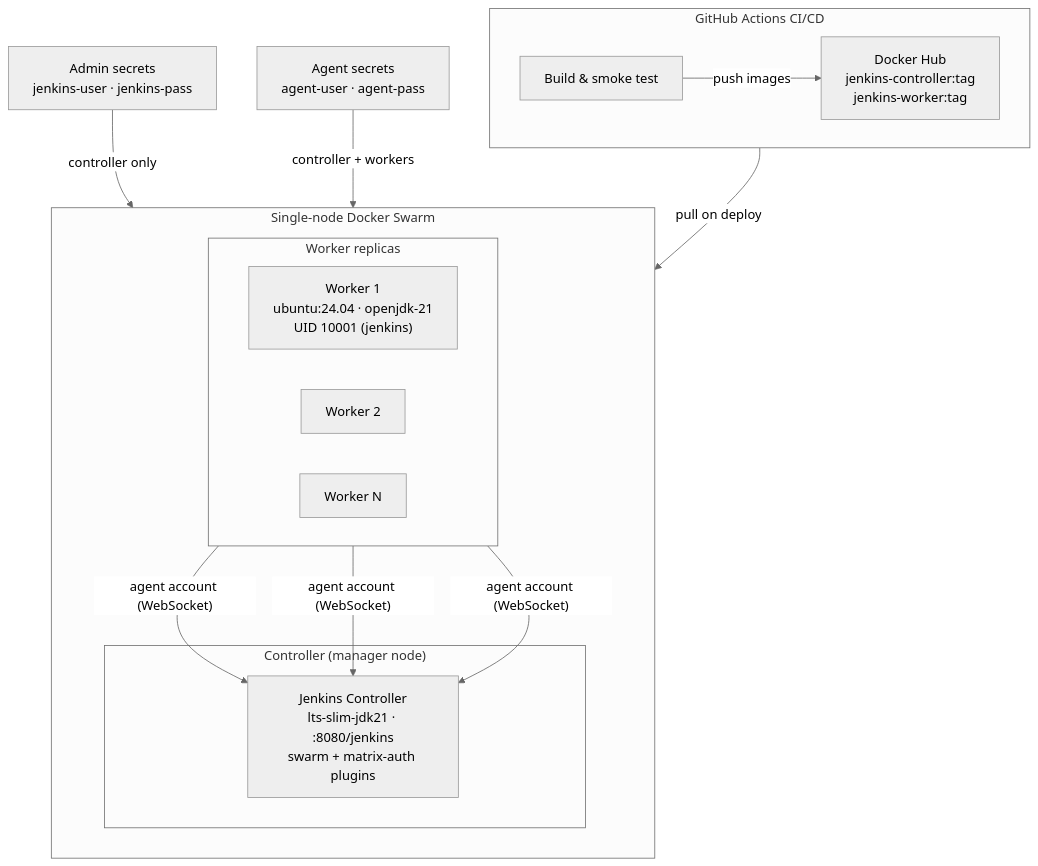
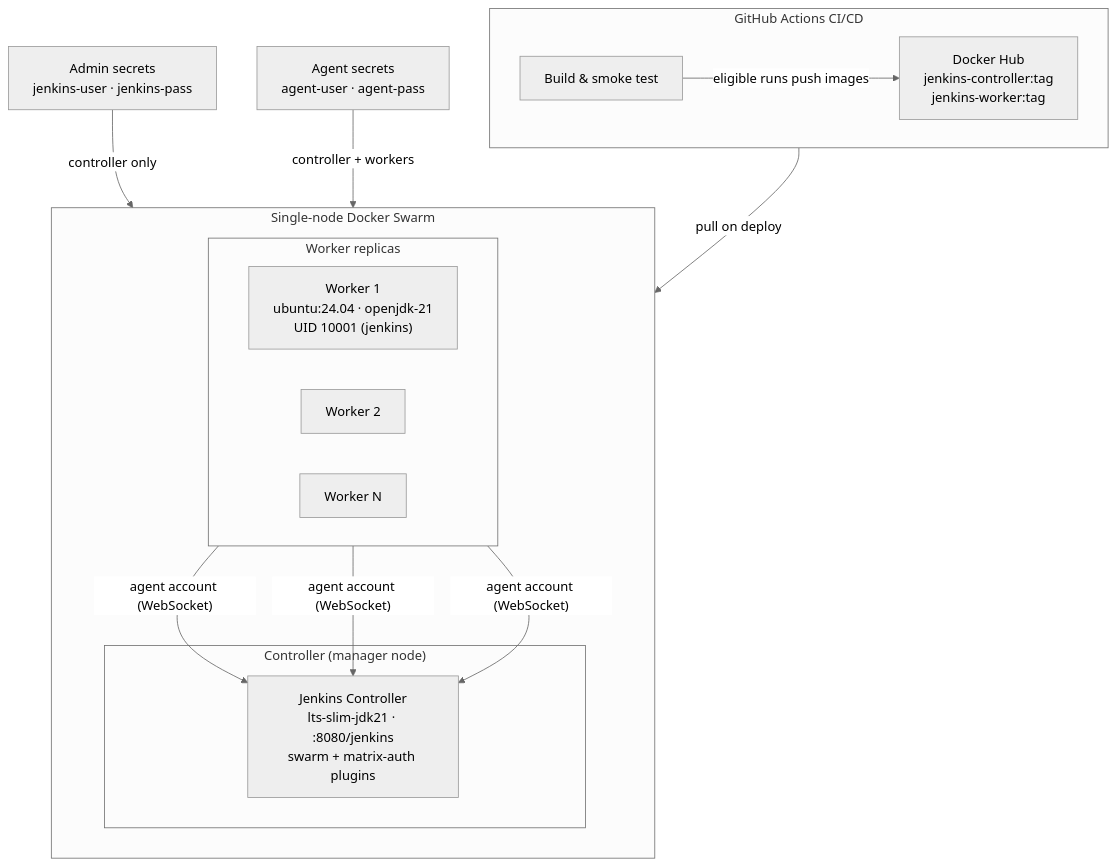
The first of 3 diagrams in README.md (sangharshcs/deploy-jenkins), drawn with Mermaid (neutral theme) before and after one commit. The commit also changed other lines of this file, not shown here.

Commit message:
docs: clarify publish conditions in README diagram labels (#17)

````diff
--- a/README.md
+++ b/README.md
@@ -38,35 +38,35 @@
 ```mermaid
 flowchart TB
     subgraph CI ["GitHub Actions CI/CD"]
         direction LR
         GHA["Build & smoke test"]
         HUB["Docker Hub\njenkins-controller:tag\njenkins-worker:tag"]
-        GHA -->|push images| HUB
+        GHA -->|"eligible runs push images"| HUB
     end
 
     subgraph SWARM ["Single-node Docker Swarm"]
         direction TB
 
         subgraph CTRL ["Controller (manager node)"]
             JC["Jenkins Controller\nlts-slim-jdk21 · :8080/jenkins\nswarm + matrix-auth plugins"]
         end
 
         subgraph WORKERS ["Worker replicas"]
             direction LR
             W1["Worker 1\nubuntu:24.04 · openjdk-21\nUID 10001 (jenkins)"]
             W2["Worker 2"]
             WN["Worker N"]
         end
 
         W1 -->|"agent account (WebSocket)"| JC
         W2 -->|"agent account (WebSocket)"| JC
         WN -->|"agent account (WebSocket)"| JC
     end
 
     HUB -->|pull on deploy| SWARM
 
     ADMIN_SECRETS["Admin secrets\njenkins-user · jenkins-pass"]
     AGENT_SECRETS["Agent secrets\nagent-user · agent-pass"]
     ADMIN_SECRETS -->|"controller only"| CTRL
     AGENT_SECRETS -->|"controller + workers"| SWARM
 ```
````
